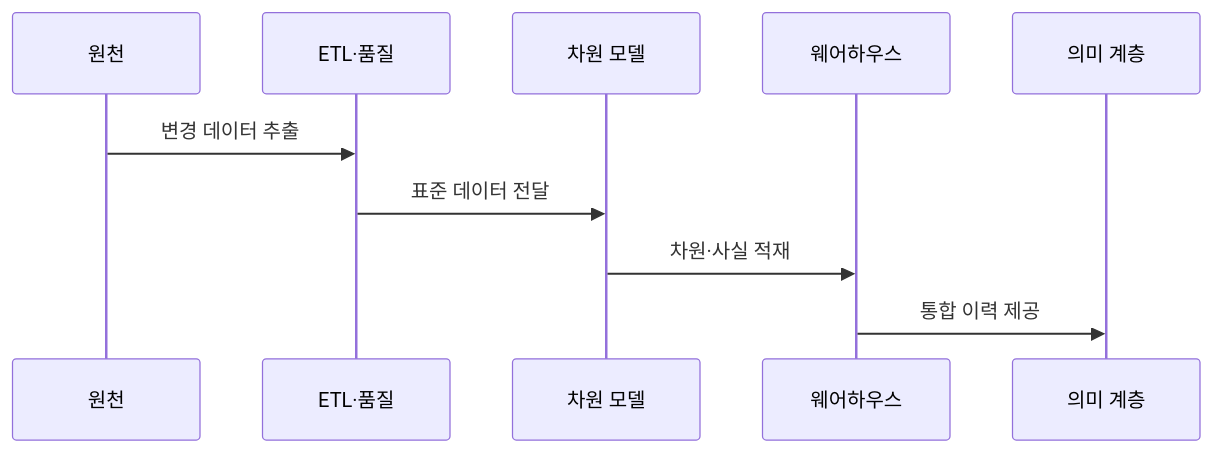
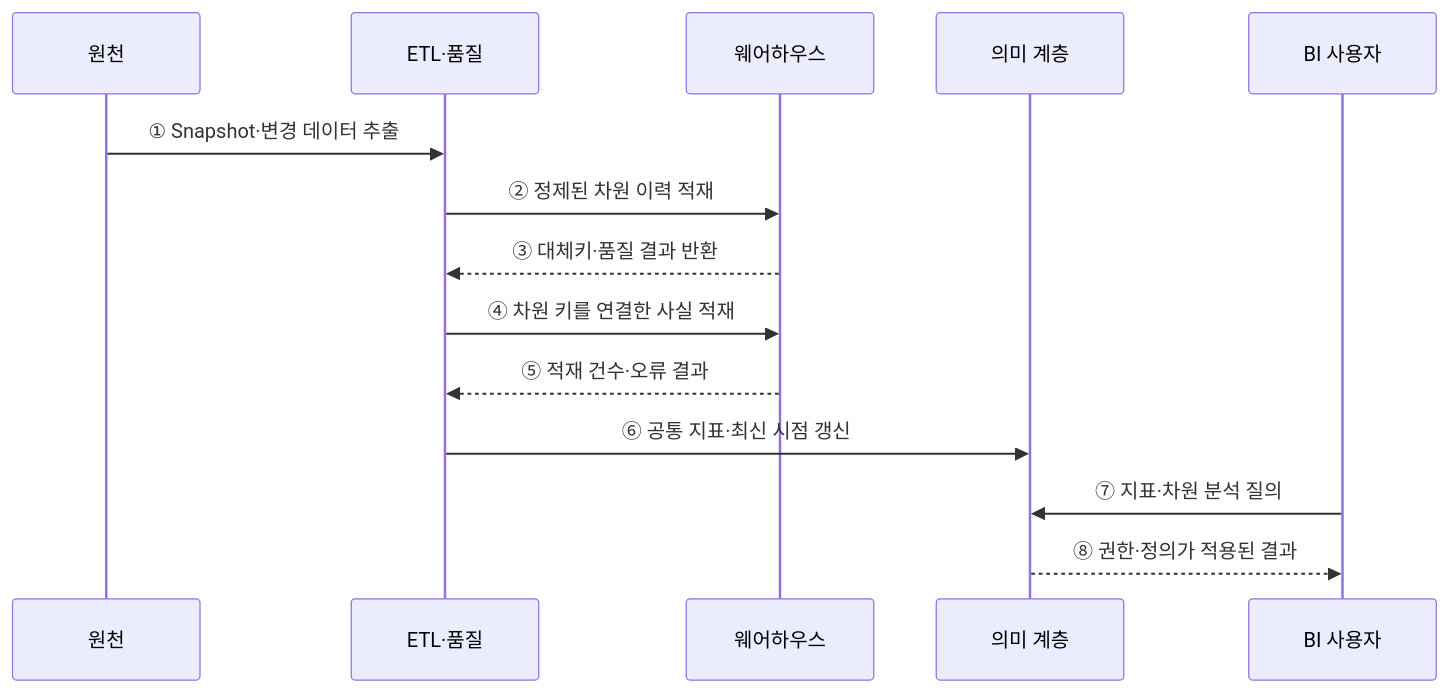
The second of 2 diagrams in src/content/docs/notes/03-software/124_data_warehouse.md (agnusdei1207/knowledge-base), drawn with Mermaid before and after one commit. The commit also changed other lines of this file and 20 other files, not shown here.

````diff
--- a/src/content/docs/notes/03-software/124_data_warehouse.md
+++ b/src/content/docs/notes/03-software/124_data_warehouse.md
@@ -80,12 +71,16 @@
 ```mermaid
 sequenceDiagram
     participant S as 원천
     participant E as ETL·품질
-    participant D as 차원 모델
     participant W as 웨어하우스
     participant M as 의미 계층
-    S->>E: 변경 데이터 추출
-    E->>D: 표준 데이터 전달
-    D->>W: 차원·사실 적재
-    W->>M: 통합 이력 제공
+    participant B as BI 사용자
+    S->>E: ① Snapshot·변경 데이터 추출
+    E->>W: ② 정제된 차원 이력 적재
+    W-->>E: ③ 대체키·품질 결과 반환
+    E->>W: ④ 차원 키를 연결한 사실 적재
+    W-->>E: ⑤ 적재 건수·오류 결과
+    E->>M: ⑥ 공통 지표·최신 시점 갱신
+    B->>M: ⑦ 지표·차원 분석 질의
+    M-->>B: ⑧ 권한·정의가 적용된 결과
 ```
````
